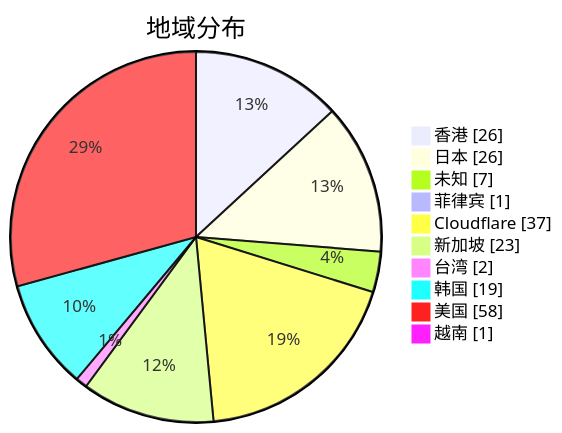
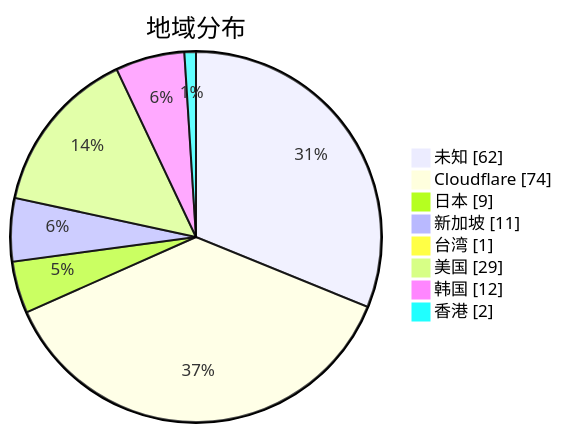
The second of 3 diagrams in subs/statistics/tested_within.md (qjlxg/airport), drawn with Mermaid before and after one commit. The commit also changed other lines of this file and 2 other files, not shown here.

````diff
--- a/subs/statistics/tested_within.md
+++ b/subs/statistics/tested_within.md
@@ -11,14 +12,12 @@
 ```mermaid
 pie showData
 title 地域分布
-"香港" : 26
-"日本" : 26
-"未知" : 7
-"菲律宾" : 1
-"Cloudflare" : 37
-"新加坡" : 23
-"台湾" : 2
-"韩国" : 19
-"美国" : 58
-"越南" : 1
+"未知" : 62
+"Cloudflare" : 74
+"日本" : 9
+"新加坡" : 11
+"台湾" : 1
+"美国" : 29
+"韩国" : 12
+"香港" : 2
 ```
````
